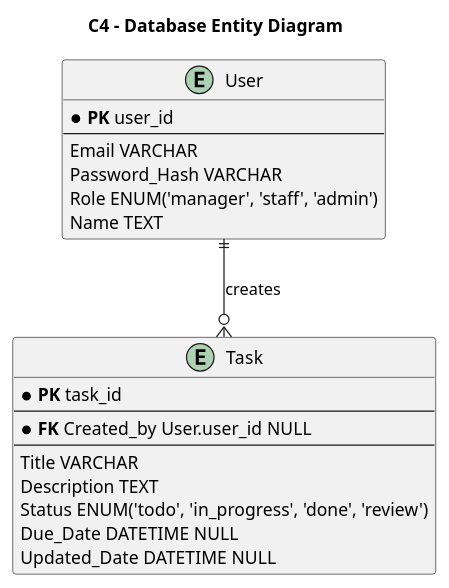
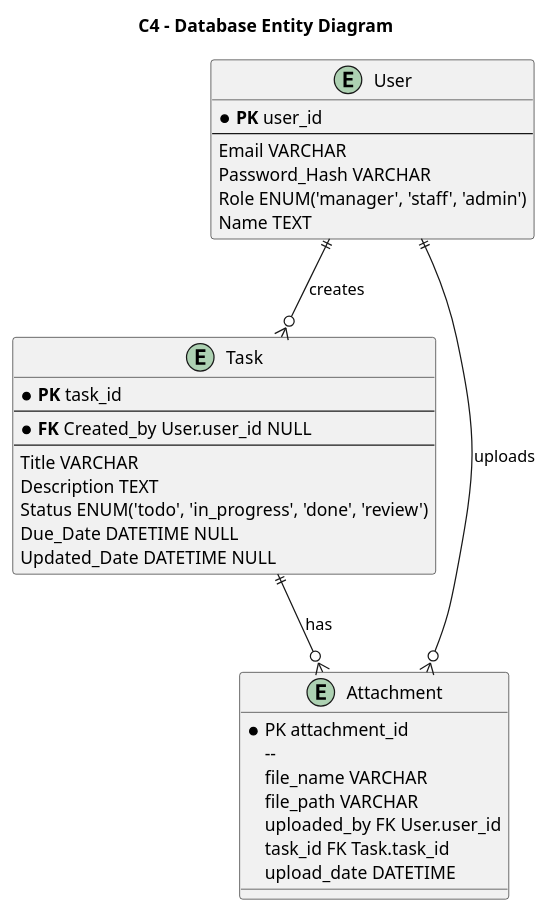
The diagram in plantuml/c4_db_entity.puml (XavierTanMT/IS212---Software_Project_Management), drawn with PlantUML before and after one commit. The commit also changed 1 other file, not shown here.

Commit message:
Updated puml files for file attachment feature

```diff
--- a/plantuml/c4_db_entity.puml
+++ b/plantuml/c4_db_entity.puml
@@ -1,28 +1,40 @@
 @startuml c4_db_entity
 
 title C4 - Database Entity Diagram
 
 entity User {
   * **PK** user_id
   --
   Email VARCHAR
   Password_Hash VARCHAR
   Role ENUM('manager', 'staff', 'admin')
   Name TEXT
 }
 
 entity Task {
   * **PK** task_id
   --
   * **FK** Created_by User.user_id NULL
   --
   Title VARCHAR
   Description TEXT
   Status ENUM('todo', 'in_progress', 'done', 'review')
   Due_Date DATETIME NULL
   Updated_Date DATETIME NULL
 }
 
+entity Attachment {
+  *PK attachment_id
+  -- 
+  file_name VARCHAR
+  file_path VARCHAR
+  uploaded_by FK User.user_id
+  task_id FK Task.task_id
+  upload_date DATETIME
+}
+Task ||--o{ Attachment : "has"
+User ||--o{ Attachment : "uploads"
+
 User ||--o{ Task : "creates"
 
 @enduml
```
